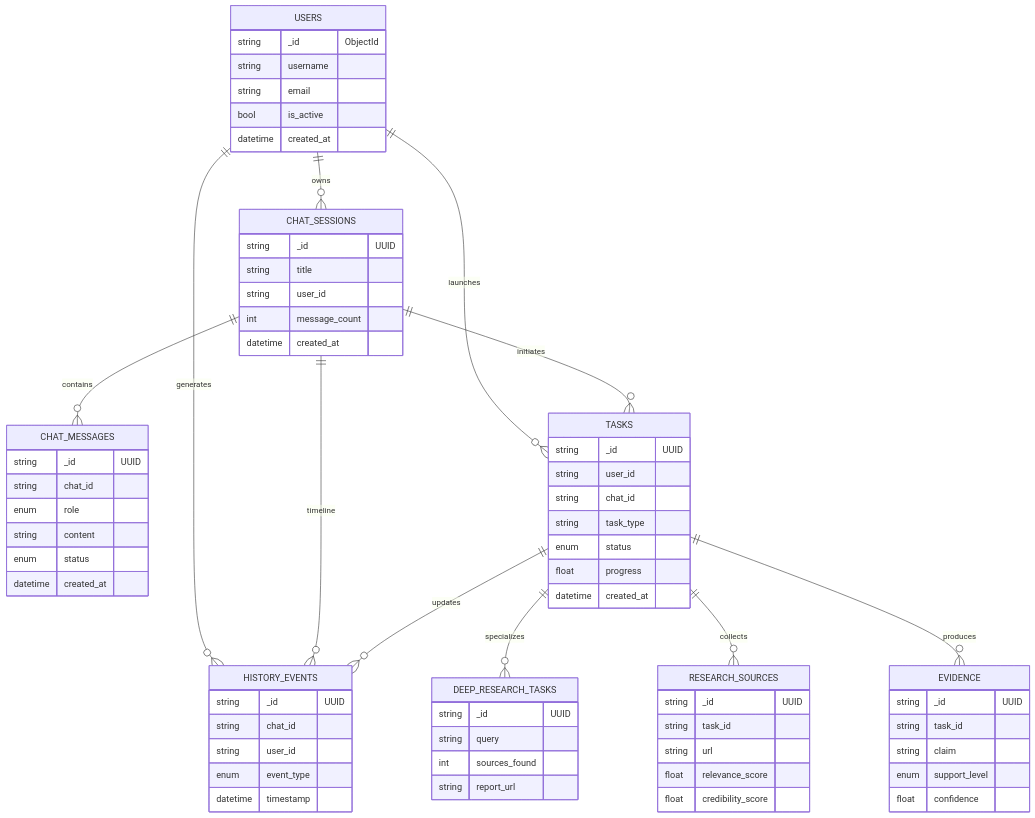
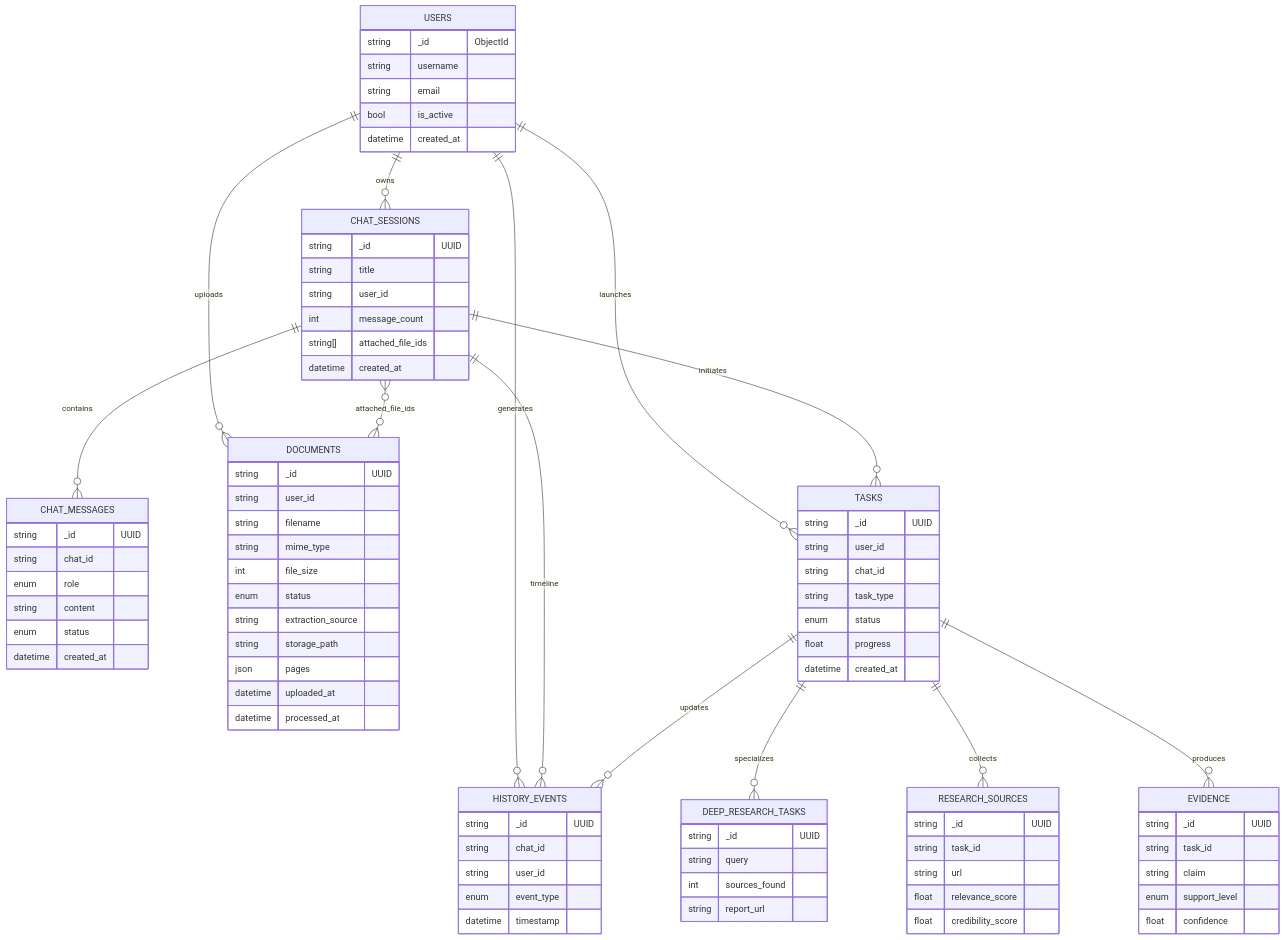
One commit to saptiva-ai/copilotos-bridge changed the seventh of 10 diagrams in README.md. Above: the diagram before and after it, drawn with Mermaid. The commit also changed other lines of this file and 47 other files, not shown here.

First line of the commit message:
docs: update architecture diagrams with Saptiva extraction strategy

```diff
--- a/README.md
+++ b/README.md
@@ -1163,6 +1263,7 @@
         string title
         string user_id
         int message_count
+        string[] attached_file_ids
         datetime created_at
     }
     CHAT_MESSAGES {
@@ -1172,6 +1273,19 @@
         string content
         enum status
         datetime created_at
+    }
+    DOCUMENTS {
+        string _id "UUID"
+        string user_id
+        string filename
+        string mime_type
+        int file_size
+        enum status
+        string extraction_source
+        string storage_path
+        json pages
+        datetime uploaded_at
+        datetime processed_at
     }
     HISTORY_EVENTS {
         string _id "UUID"
@@ -1211,7 +1325,9 @@
     }
 
     USERS ||--o{ CHAT_SESSIONS : "owns"
+    USERS ||--o{ DOCUMENTS : "uploads"
     CHAT_SESSIONS ||--o{ CHAT_MESSAGES : "contains"
+    CHAT_SESSIONS }o--o{ DOCUMENTS : "attached_file_ids"
     USERS ||--o{ HISTORY_EVENTS : "generates"
     CHAT_SESSIONS ||--o{ HISTORY_EVENTS : "timeline"
     USERS ||--o{ TASKS : "launches"
```
